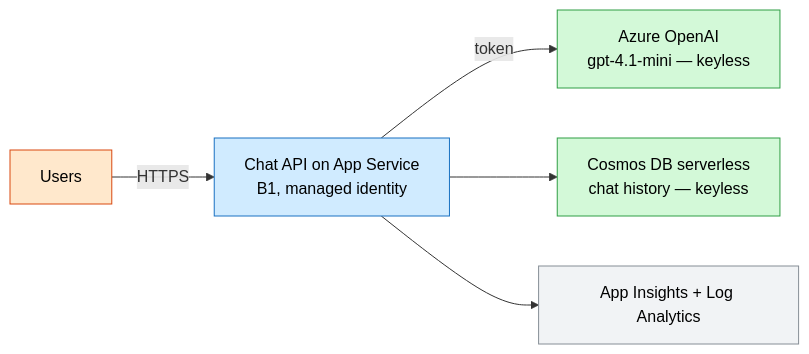
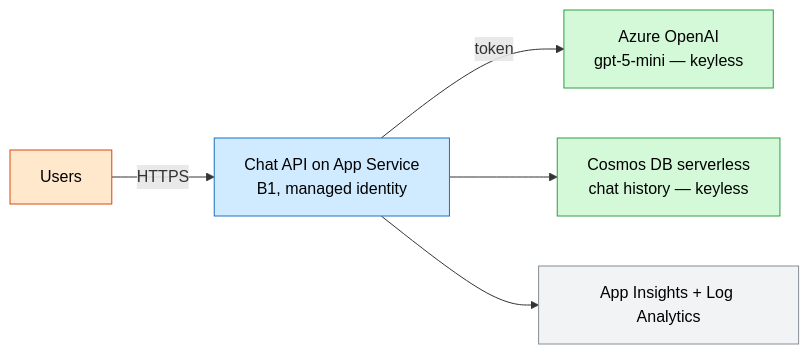
Before and after one commit to mjohnson1979/techlabs-personal: the first of 2 diagrams in catalog/ai-chat/README.md, drawn with Mermaid. The commit also changed other lines of this file and 13 other files, not shown here.

````diff
--- a/catalog/ai-chat/README.md
+++ b/catalog/ai-chat/README.md
@@ -85,17 +86,17 @@
 ```mermaid
 flowchart LR
   user["Users"]:::edge
   app["Chat API on App Service<br/>B1, managed identity"]:::compute
-  oai["Azure OpenAI<br/>gpt-4.1-mini — keyless"]:::data
+  oai["Azure OpenAI<br/>gpt-5-mini — keyless"]:::data
   cosmos["Cosmos DB serverless<br/>chat history — keyless"]:::data
   obs["App Insights + Log Analytics"]:::obs
   user -->|HTTPS| app
   app -->|token| oai
   app --> cosmos
   app --> obs
   classDef edge fill:#ffe8cc,stroke:#d9480f,color:#000
   classDef compute fill:#d0ebff,stroke:#1971c2,color:#000
   classDef data fill:#d3f9d8,stroke:#2f9e44,color:#000
   classDef sec fill:#f3d9fa,stroke:#9c36b5,color:#000
   classDef obs fill:#f1f3f5,stroke:#868e96,color:#000
 ```
````
